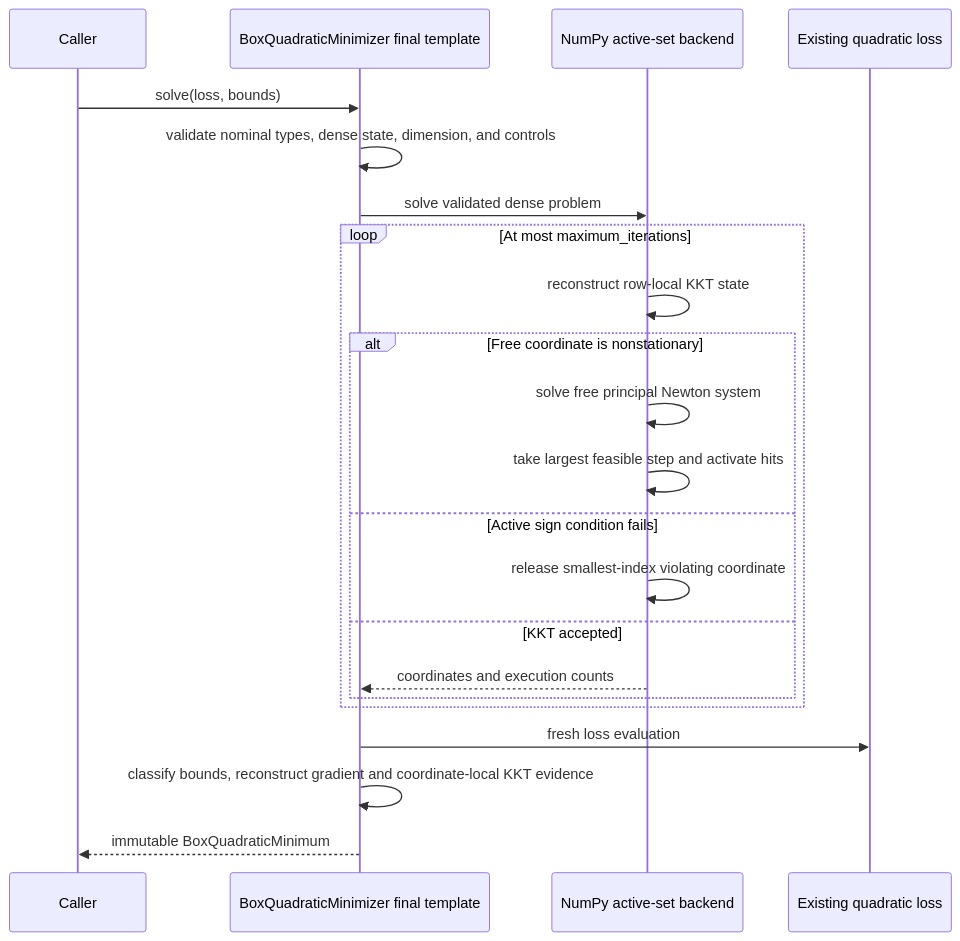
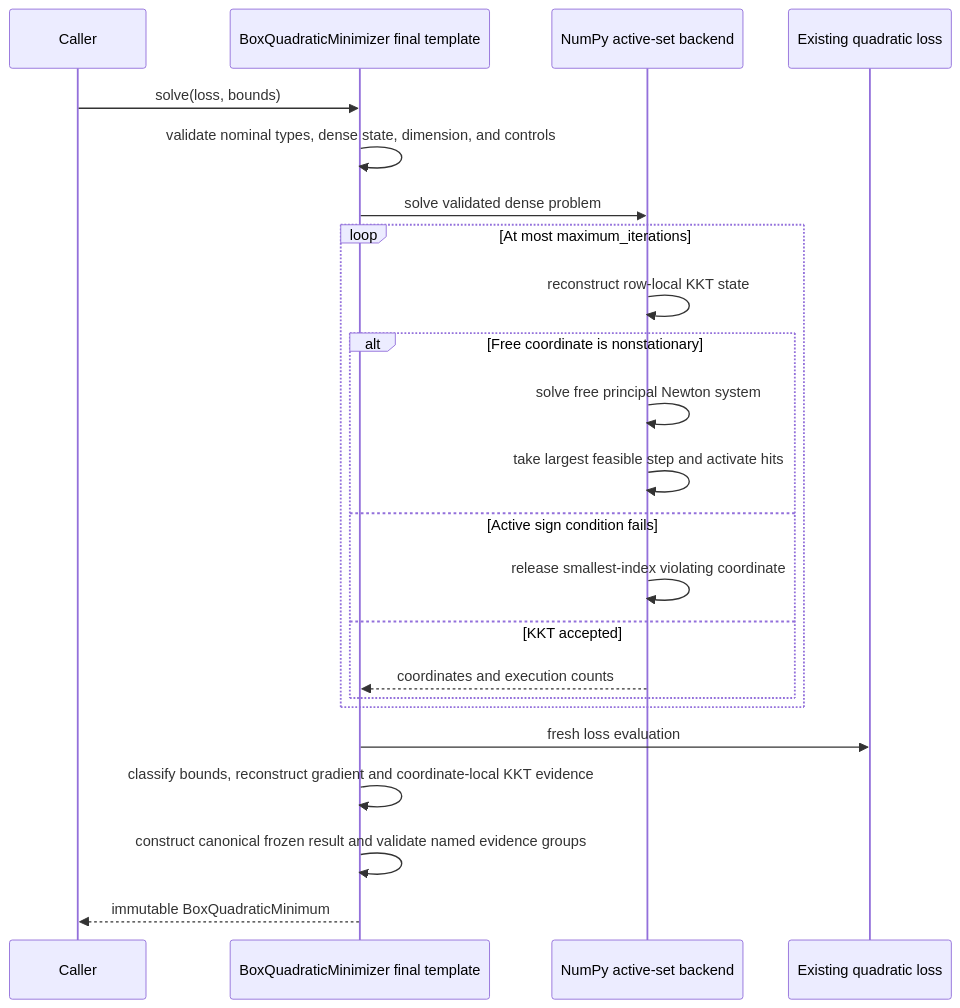
The second of 3 diagrams in docs/architecture/projectkoios/optimization/quadratic/box/schematics.md (eragasa/projectkoios-optimization), drawn with Mermaid before and after one commit. The commit also changed 32 other files, not shown here.

````diff
--- a/docs/architecture/projectkoios/optimization/quadratic/box/schematics.md
+++ b/docs/architecture/projectkoios/optimization/quadratic/box/schematics.md
@@ -16,25 +16,26 @@
 ```mermaid
 sequenceDiagram
     participant C as Caller
     participant T as BoxQuadraticMinimizer final template
     participant B as NumPy active-set backend
     participant Q as Existing quadratic loss
 
     C->>T: solve(loss, bounds)
     T->>T: validate nominal types, dense state, dimension, and controls
     T->>B: solve validated dense problem
     loop At most maximum_iterations
         B->>B: reconstruct row-local KKT state
         alt Free coordinate is nonstationary
             B->>B: solve free principal Newton system
             B->>B: take largest feasible step and activate hits
         else Active sign condition fails
             B->>B: release smallest-index violating coordinate
         else KKT accepted
             B-->>T: coordinates and execution counts
         end
     end
     T->>Q: fresh loss evaluation
     T->>T: classify bounds, reconstruct gradient and coordinate-local KKT evidence
+    T->>T: construct canonical frozen result and validate named evidence groups
     T-->>C: immutable BoxQuadraticMinimum
 ```
````
